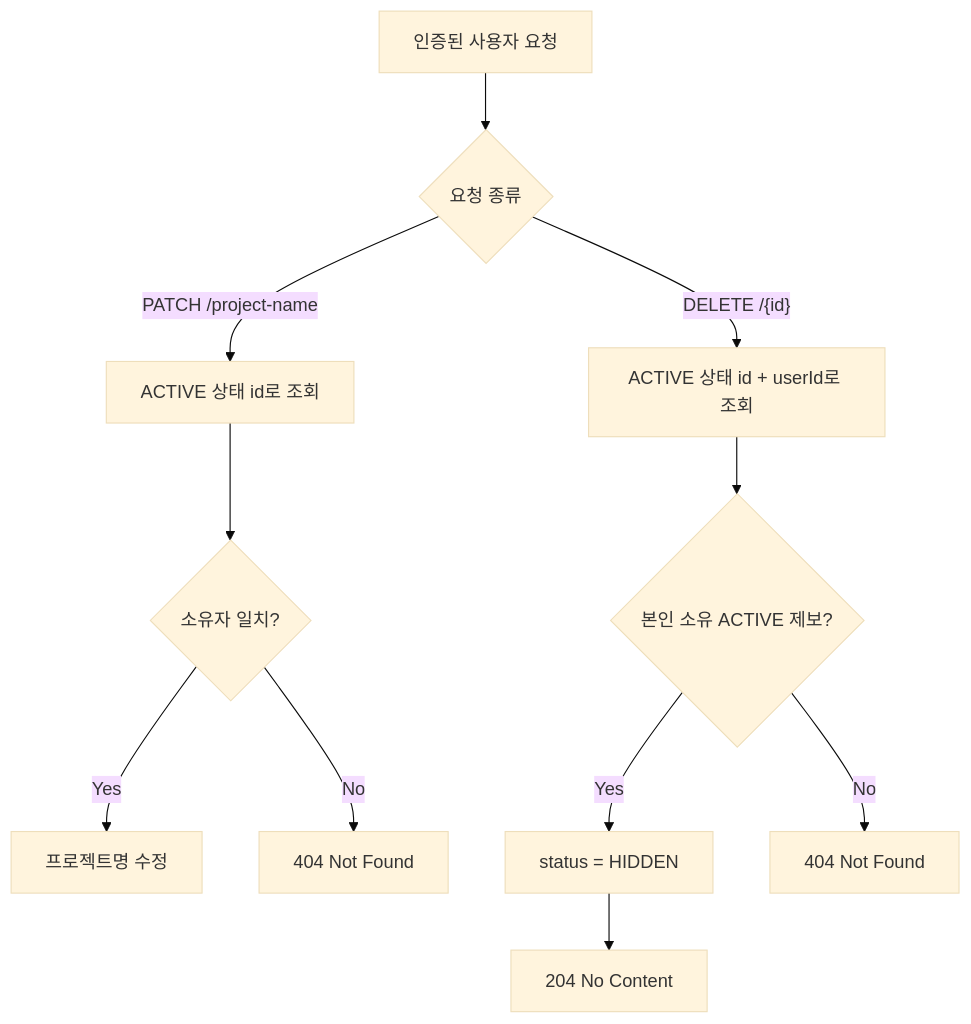
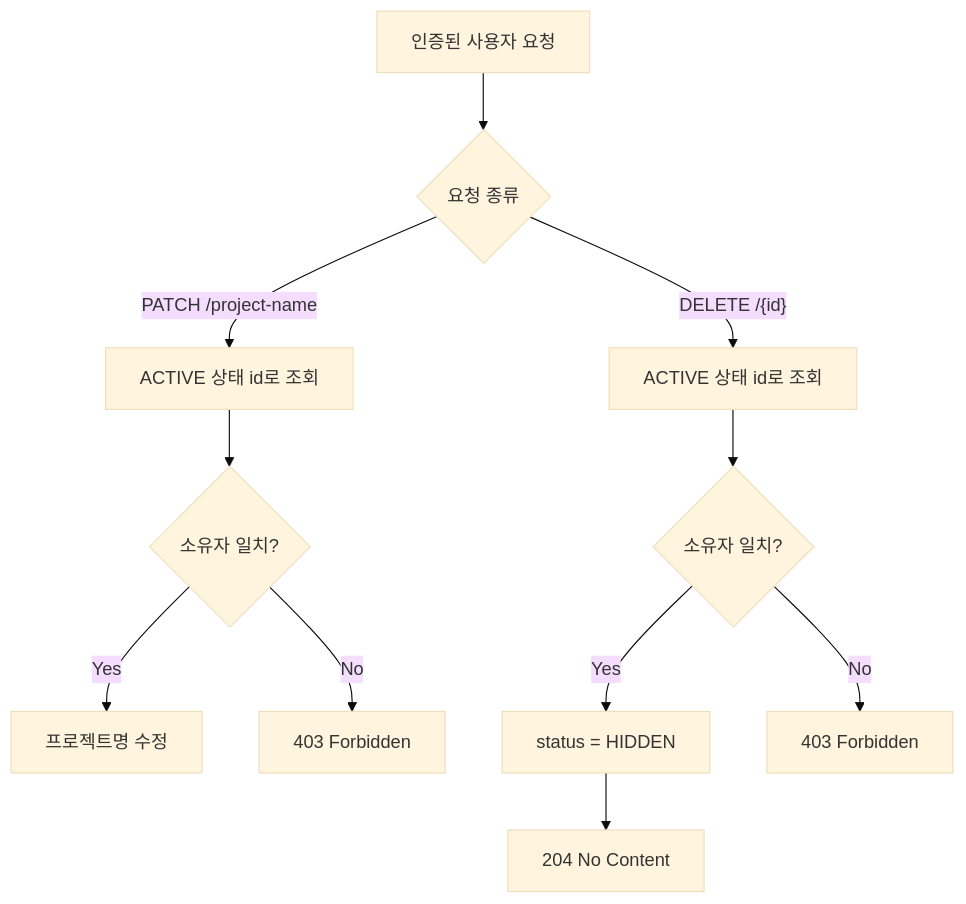
Before and after one commit to Olma-Web/OLma-Docs: the second of 3 diagrams in docs/api/rate-submission.md, drawn with Mermaid (base theme). The commit also changed other lines of this file and 2 other files, not shown here.

Commit message:
docs: document forbidden ownership failures

````diff
--- a/docs/api/rate-submission.md
+++ b/docs/api/rate-submission.md
@@ -67,13 +67,13 @@
 ```mermaid
 flowchart TD
   request["인증된 사용자 요청"] --> action{"요청 종류"}
   action -- "PATCH /project-name" --> patchLoad["ACTIVE 상태 id로 조회"]
   patchLoad --> patchOwner{"소유자 일치?"}
   patchOwner -- "Yes" --> patchUpdate["프로젝트명 수정"]
-  patchOwner -- "No" --> patch404["404 Not Found"]
-  action -- "DELETE /{id}" --> deleteLoad["ACTIVE 상태 id + userId로 조회"]
-  deleteLoad --> deleteFound{"본인 소유 ACTIVE 제보?"}
-  deleteFound -- "Yes" --> deleteHide["status = HIDDEN"]
-  deleteFound -- "No" --> delete404["404 Not Found"]
+  patchOwner -- "No" --> patch403["403 Forbidden"]
+  action -- "DELETE /{id}" --> deleteLoad["ACTIVE 상태 id로 조회"]
+  deleteLoad --> deleteOwner{"소유자 일치?"}
+  deleteOwner -- "Yes" --> deleteHide["status = HIDDEN"]
+  deleteOwner -- "No" --> delete403["403 Forbidden"]
   deleteHide --> delete204["204 No Content"]
 ```
````
